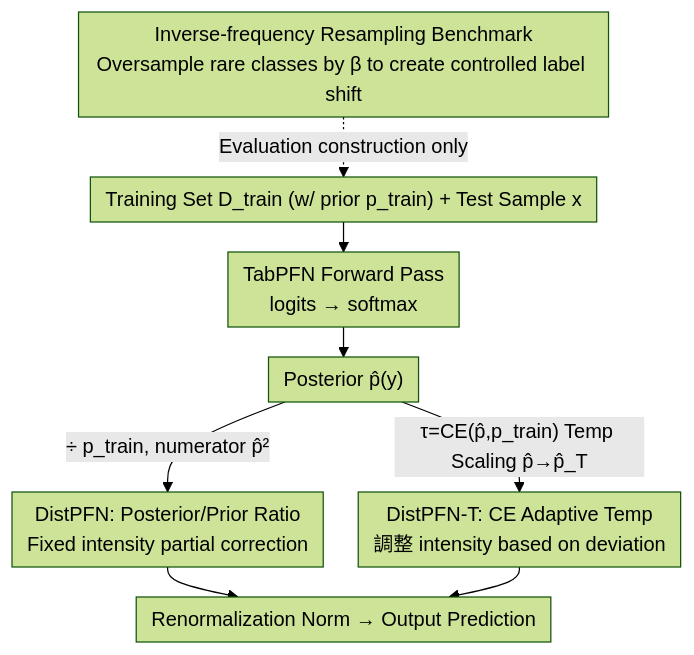
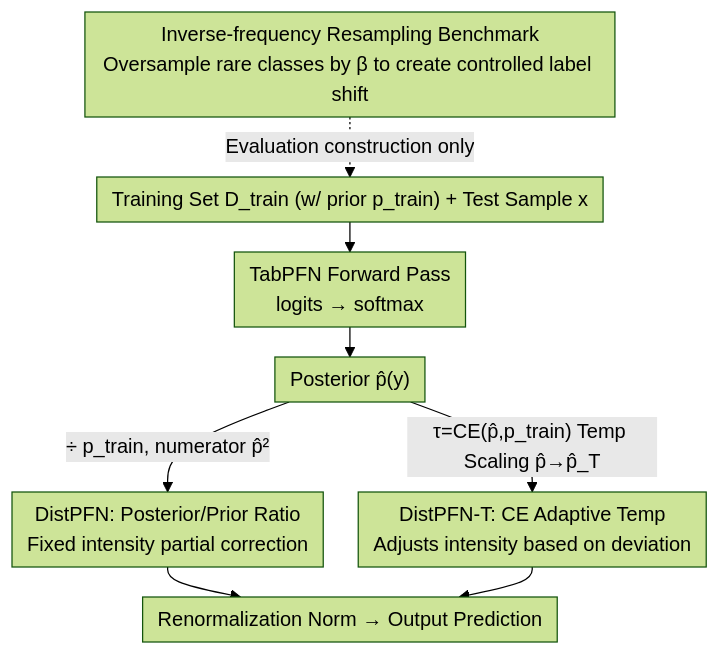
The diagram in docs/ICML2026/self_supervised/mitigating_label_shift_in_tabular_in-context_learning_via_test-time_posterior_ad.md (zhaoyang97/Paper-Notes-en), drawn with Mermaid (forest theme) before and after one commit. The commit also changed 644 other files, not shown here.

````diff
--- a/docs/ICML2026/self_supervised/mitigating_label_shift_in_tabular_in-context_learning_via_test-time_posterior_ad.md
+++ b/docs/ICML2026/self_supervised/mitigating_label_shift_in_tabular_in-context_learning_via_test-time_posterior_ad.md
@@ -47,11 +47,11 @@
 ```mermaid
 %%{init: {'flowchart': {'rankSpacing': 24, 'nodeSpacing': 28, 'padding': 6, 'wrappingWidth': 400}}}%%
 flowchart TD
     BM["Inverse-frequency Resampling Benchmark<br/>Oversample rare classes by β to create controlled label shift"] -.Evaluation construction only.-> TR
     TR["Training Set D_train (w/ prior p_train) + Test Sample x"] --> TPF["TabPFN Forward Pass<br/>logits → softmax"]
     TPF --> POST["Posterior p̂(y)"]
     POST -->|"÷ p_train, numerator p̂²"| DP["DistPFN: Posterior/Prior Ratio<br/>Fixed intensity partial correction"]
-    POST -->|"τ=CE(p̂,p_train) Temp Scaling p̂→p̂_T"| DPT["DistPFN-T: CE Adaptive Temp<br/>調整 intensity based on deviation"]
+    POST -->|"τ=CE(p̂,p_train) Temp Scaling p̂→p̂_T"| DPT["DistPFN-T: CE Adaptive Temp<br/>Adjusts intensity based on deviation"]
     DP --> OUT["Renormalization Norm → Output Prediction"]
     DPT --> OUT["Renormalization Norm → Output Prediction"]
 ```
````
